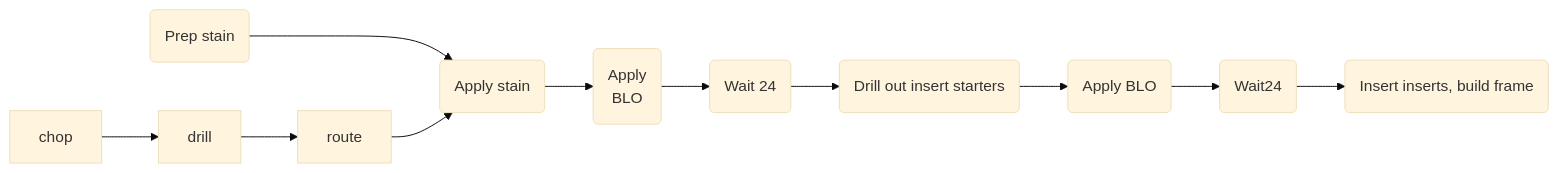
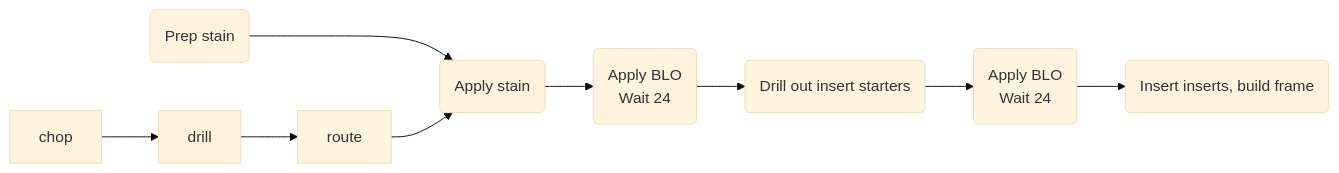
One commit to frankburgs/wood changed the diagram in README.md. Above: the diagram before and after it, drawn with Mermaid (base theme).

````diff
--- a/README.md
+++ b/README.md
@@ -1,25 +1,21 @@
 ```mermaid
 
 flowchart LR
 
     id1(Prep stain) ---> id2(Apply stain)
     
     chop-->drill
     
     drill-->route
     
     route-->id2
     
-    id2-->applyBLO1(Apply <br> BLO)
+    id2-->applyBLO1(Apply BLO<br>Wait 24)
     
-    applyBLO1-->wait241(Wait 24)
+    applyBLO1-->drillInserts(Drill out insert starters)
     
-    wait241-->drillInserts(Drill out insert starters)
+    drillInserts-->applyBLO2(Apply BLO<br>Wait 24)
     
-    drillInserts-->applyBLO2(Apply BLO)
-    
-    applyBLO2-->wait242(Wait24)
-    
-    wait242-->inserts(Insert inserts, build frame)
+    applyBLO2-->inserts(Insert inserts, build frame)
     
 ```
````
